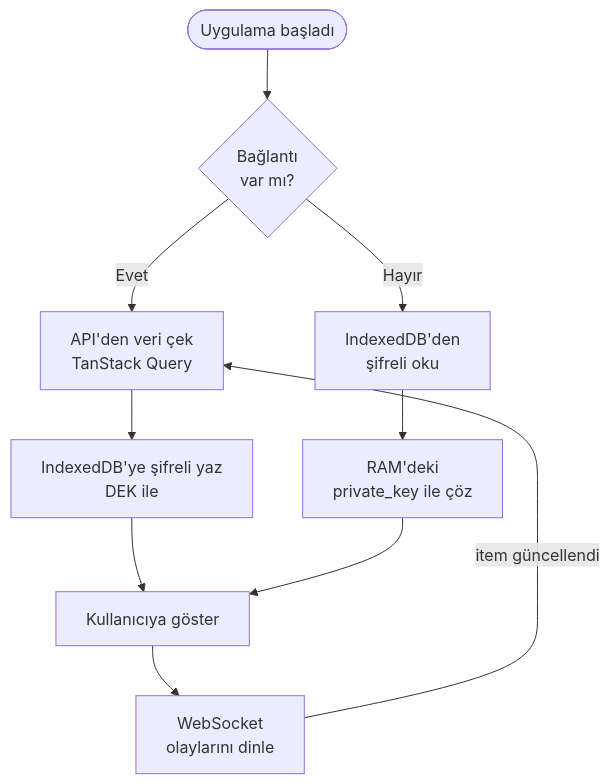
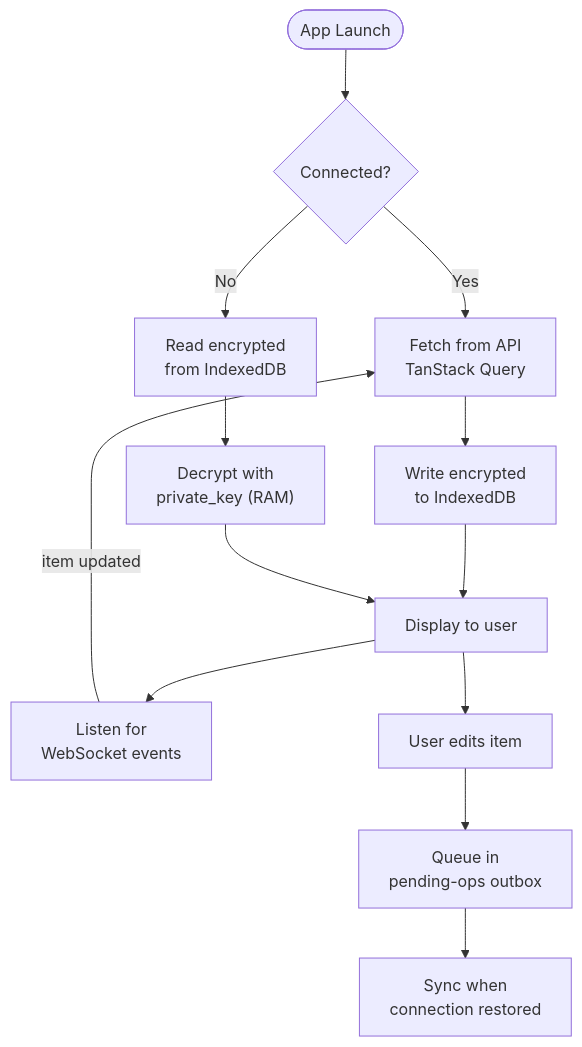
One commit to GameOfAI/IronStock changed the third of 4 diagrams in client/README.md. Above: the diagram before and after it, drawn with Mermaid. The commit also changed other lines of this file and 8 other files, not shown here.

````diff
--- a/client/README.md
+++ b/client/README.md
@@ -176,15 +126,19 @@
 ```mermaid
 flowchart TD
-    Start([Uygulama başladı]) --> Check{"Bağlantı\nvar mı?"}
+    Start([App Launch]) --> Check{"Connected?"}
 
-    Check -->|Evet| Fetch["API'den veri çek\nTanStack Query"]
-    Fetch --> Cache["IndexedDB'ye şifreli yaz\nDEK ile"]
-    Cache --> Show["Kullanıcıya göster"]
+    Check -->|Yes| Fetch["Fetch from API\nTanStack Query"]
+    Fetch --> Cache["Write encrypted\nto IndexedDB"]
+    Cache --> Show["Display to user"]
 
-    Check -->|Hayır| ReadCache["IndexedDB'den\nşifreli oku"]
-    ReadCache --> Decrypt["RAM'deki\nprivate_key ile çöz"]
+    Check -->|No| ReadCache["Read encrypted\nfrom IndexedDB"]
+    ReadCache --> Decrypt["Decrypt with\nprivate_key (RAM)"]
     Decrypt --> Show
 
-    Show --> WS["WebSocket\nolaylarını dinle"]
-    WS -->|"item güncellendi"| Fetch
+    Show --> Listen["Listen for\nWebSocket events"]
+    Listen -->|"item updated"| Fetch
+
+    Show --> Write["User edits item"]
+    Write --> Outbox["Queue in\npending-ops outbox"]
+    Outbox --> Sync["Sync when\nconnection restored"]
 ```
````
